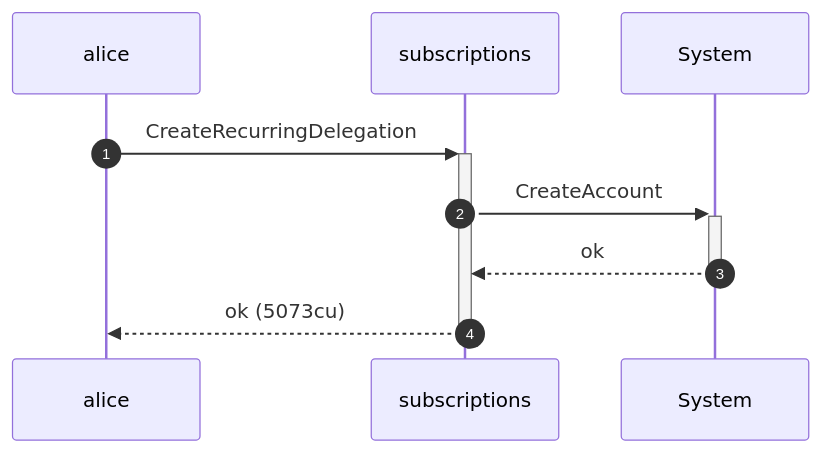
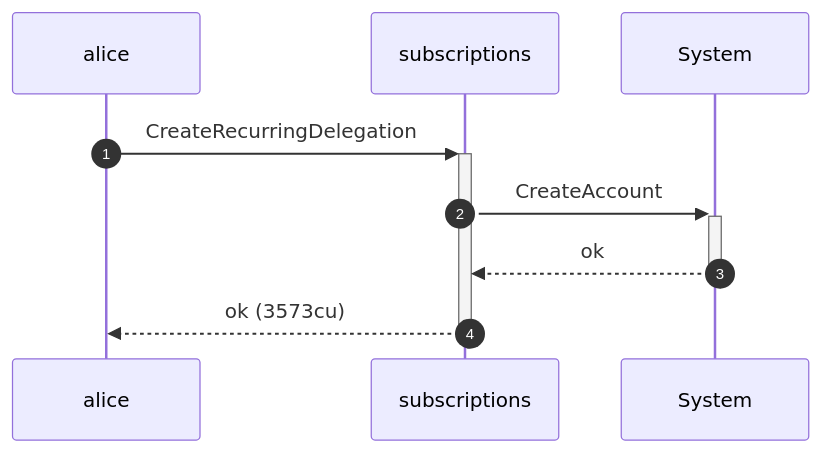
Before and after one commit to cds-rs/subscriptions: the sixth of 8 diagrams in dsl_tests/signer-accounts-must-sign--transferrecurring-.md, drawn with Mermaid. The commit also changed other lines of this file and 224 other files, not shown here.

````diff
--- a/dsl_tests/signer-accounts-must-sign--transferrecurring-.md
+++ b/dsl_tests/signer-accounts-must-sign--transferrecurring-.md
@@ -116,11 +122,11 @@
 ```mermaid
 sequenceDiagram
     autonumber
     participant alice
     participant subscriptions
     participant System
     alice ->>+ subscriptions: CreateRecurringDelegation
     subscriptions ->>+ System: CreateAccount
     System -->>- subscriptions: ok
-    subscriptions -->>- alice: ok (5073cu)
+    subscriptions -->>- alice: ok (3573cu)
 ```
````
